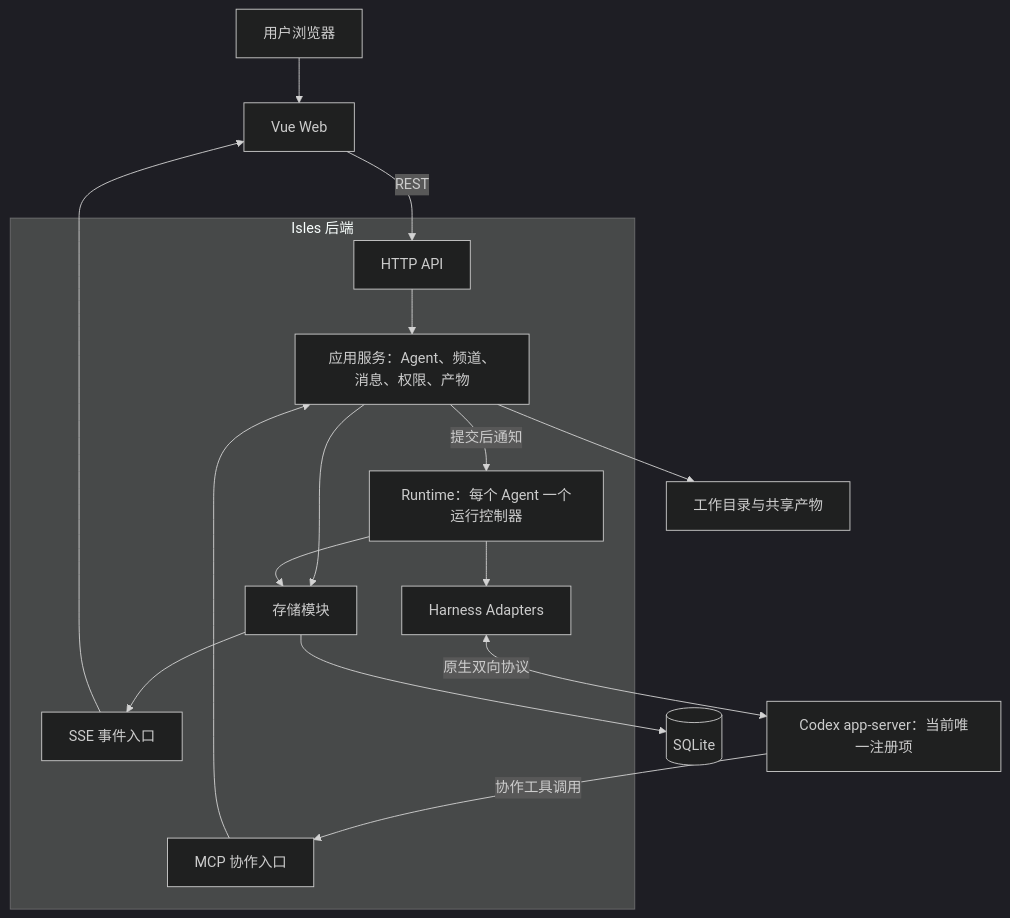
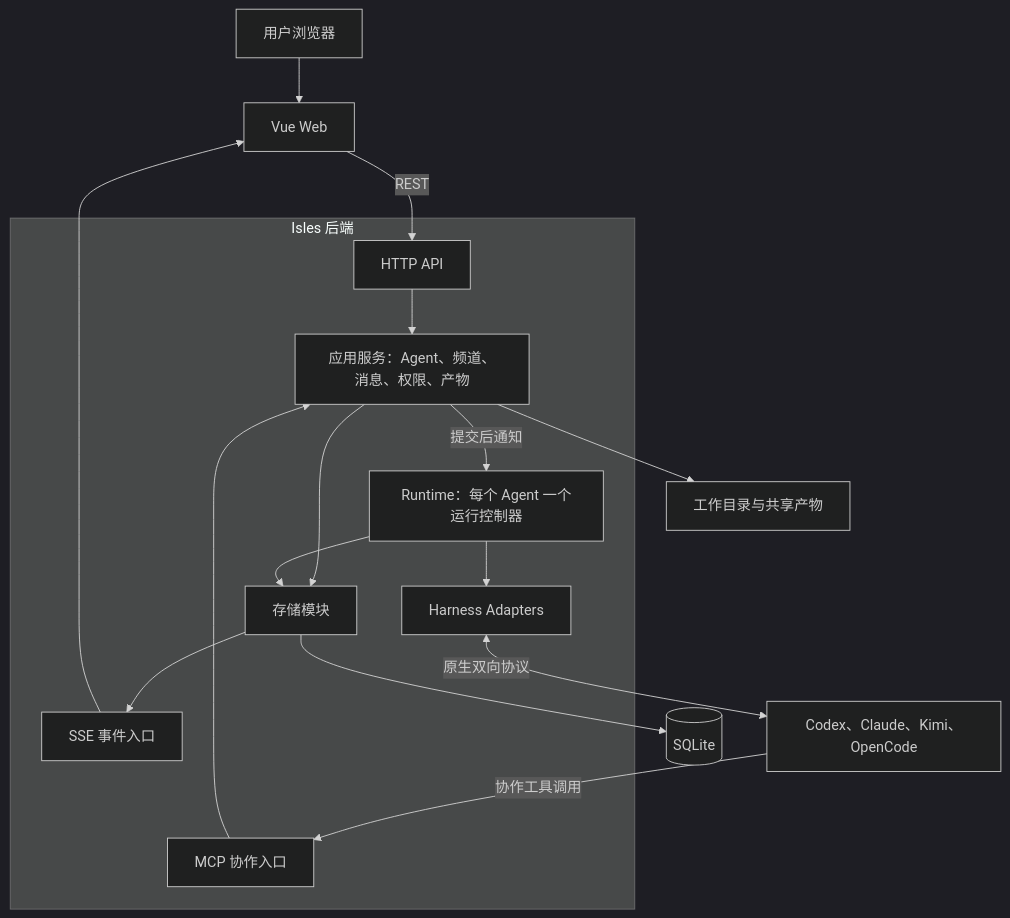
The first of 2 diagrams in docs/architecture.md (zch4321/Isles), drawn with Mermaid (dark theme) before and after one commit. The commit also changed other lines of this file and 25 other files, not shown here.

````diff
--- a/docs/architecture.md
+++ b/docs/architecture.md
@@ -65,21 +65,21 @@
 ```mermaid
 flowchart TB
     U[用户浏览器] --> W[Vue Web]
     W -->|REST| HTTP[HTTP API]
     EVENTS[SSE 事件入口] --> W
 
     subgraph SERVER[Isles 后端]
         HTTP --> APP[应用服务：Agent、频道、消息、权限、产物]
         MCP[MCP 协作入口] --> APP
         APP --> STORE[存储模块]
         APP -->|提交后通知| RT[Runtime：每个 Agent 一个运行控制器]
         RT --> STORE
         RT --> AD[Harness Adapters]
         STORE --> EVENTS
     end
 
     STORE --> DB[(SQLite)]
     APP --> FILES[工作目录与共享产物]
-    AD <-->|原生双向协议| H[Codex app-server：当前唯一注册项]
+    AD <-->|原生双向协议| H[Codex、Claude、Kimi、OpenCode]
     H -->|协作工具调用| MCP
 ```
````
